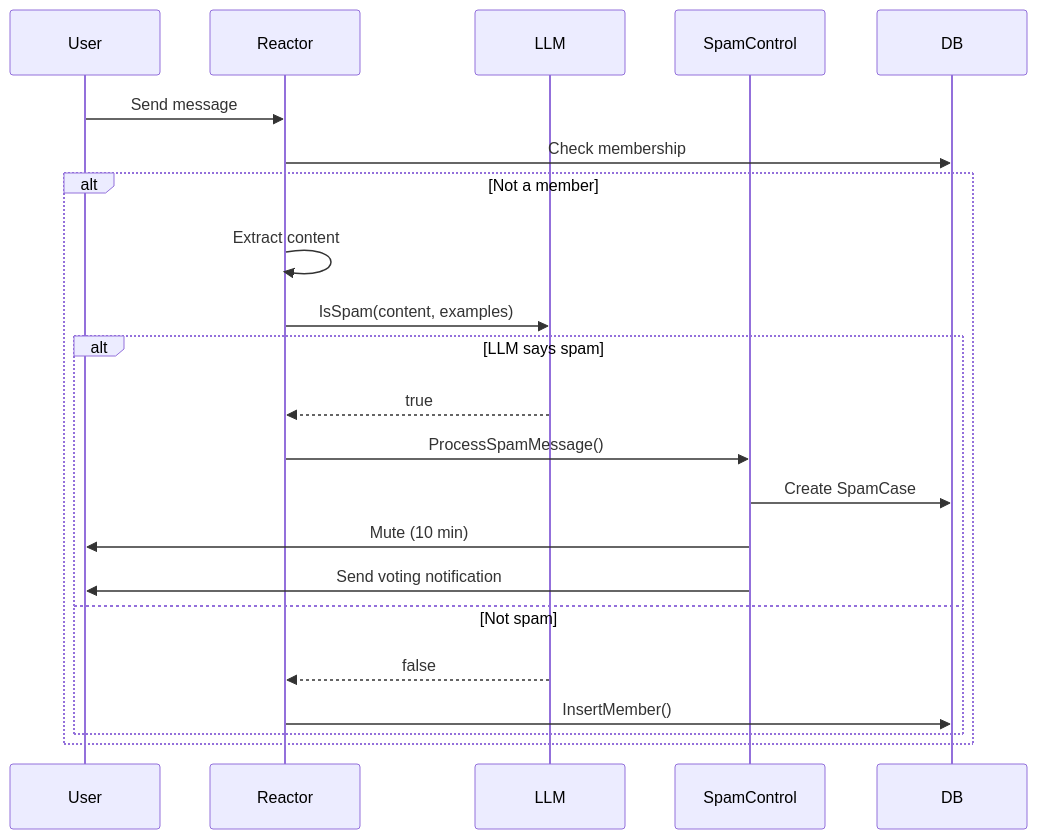
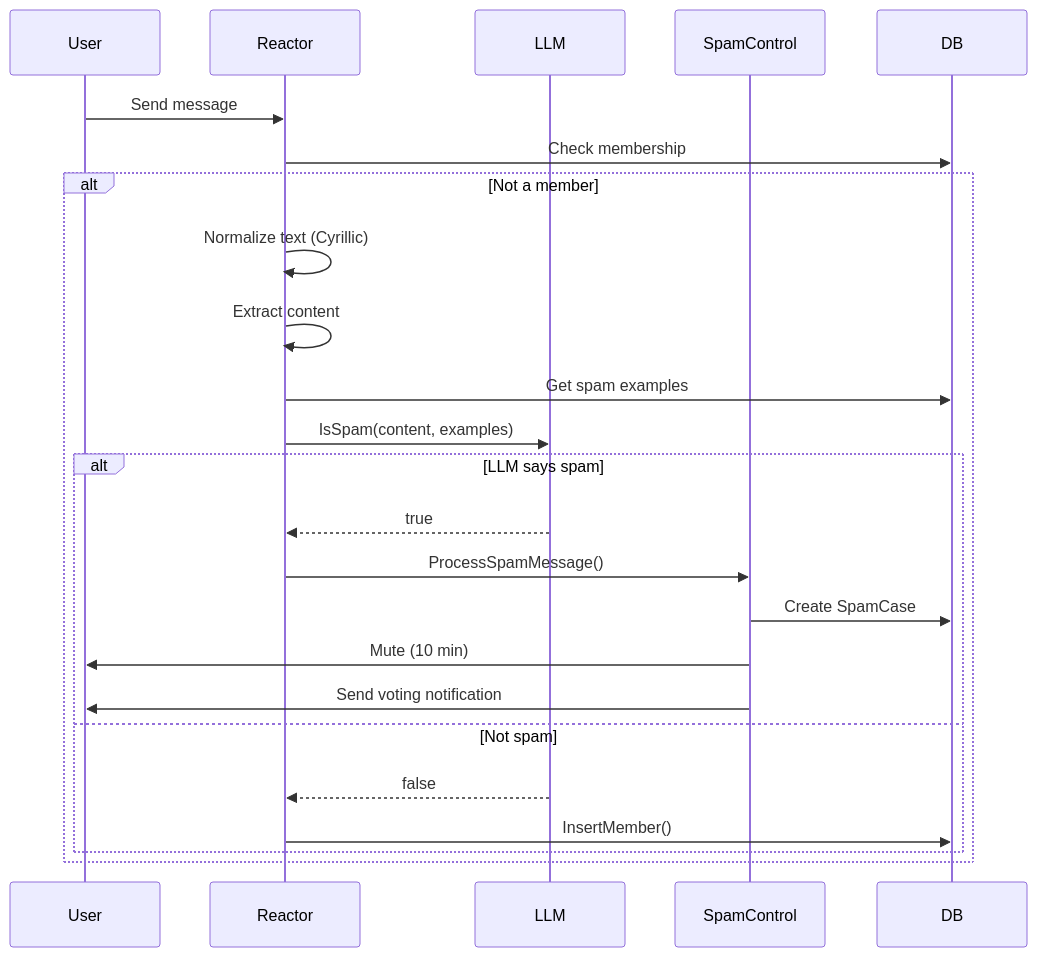
Before and after one commit to iamwavecut/ngbot: the fourth of 5 diagrams in docs/CODEBASE_MAP.md, drawn with Mermaid. The commit also changed other lines of this file and 44 other files, not shown here.

````diff
--- a/docs/CODEBASE_MAP.md
+++ b/docs/CODEBASE_MAP.md
@@ -301,27 +434,29 @@
 ```mermaid
 sequenceDiagram
     participant User
     participant Reactor
     participant LLM
     participant SpamControl
     participant DB
 
     User->>Reactor: Send message
     Reactor->>DB: Check membership
 
     alt Not a member
+        Reactor->>Reactor: Normalize text (Cyrillic)
         Reactor->>Reactor: Extract content
+        Reactor->>DB: Get spam examples
         Reactor->>LLM: IsSpam(content, examples)
 
         alt LLM says spam
             LLM-->>Reactor: true
             Reactor->>SpamControl: ProcessSpamMessage()
             SpamControl->>DB: Create SpamCase
             SpamControl->>User: Mute (10 min)
             SpamControl->>User: Send voting notification
         else Not spam
             LLM-->>Reactor: false
             Reactor->>DB: InsertMember()
         end
     end
 ```
````
